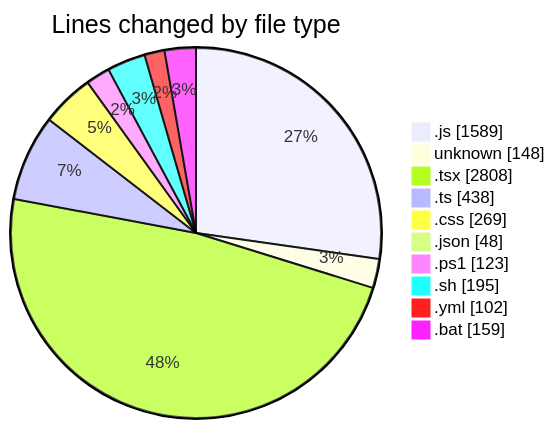
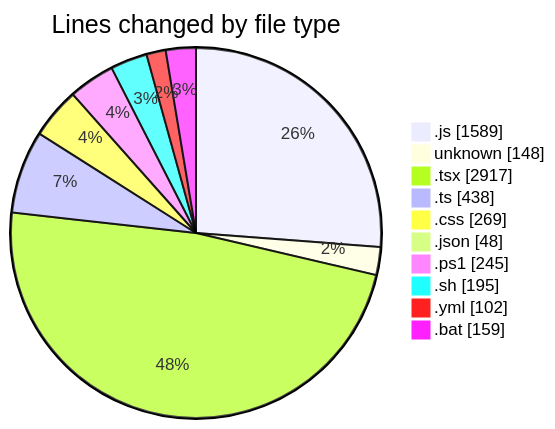
The first of 2 diagrams in 2025-08-06/napxuvn/README.md (lephambinh05/code-tracking), drawn with Mermaid before and after one commit. The commit also changed other lines of this file and 1 other file, not shown here.

````diff
--- a/2025-08-06/napxuvn/README.md
+++ b/2025-08-06/napxuvn/README.md
@@ -79,14 +82,14 @@
 ```mermaid
 pie showData
 title Lines changed by file type
 ".js" : 1589
 "unknown" : 148
-".tsx" : 2808
+".tsx" : 2917
 ".ts" : 438
 ".css" : 269
 ".json" : 48
-".ps1" : 123
+".ps1" : 245
 ".sh" : 195
 ".yml" : 102
 ".bat" : 159
 ```
````
